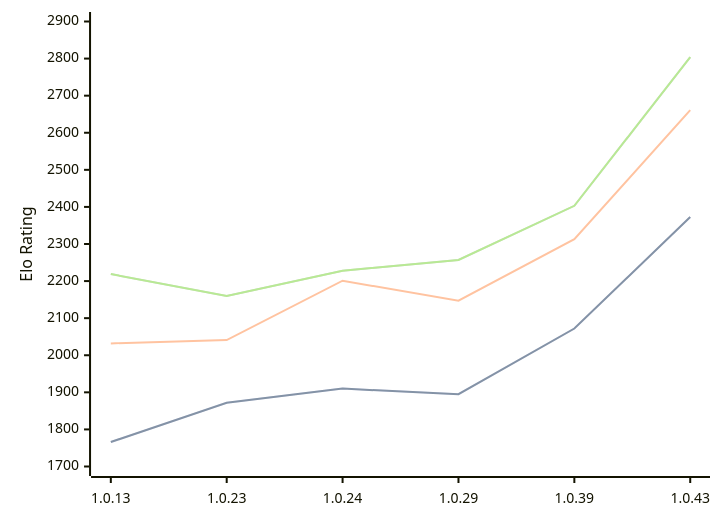
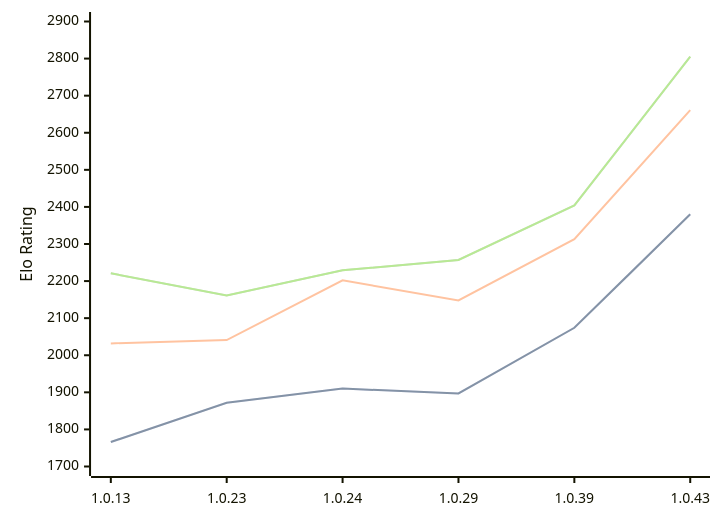
The third of 3 diagrams in engines/RustyRival.md (computer-chess-index/cci), drawn with Mermaid before and after one commit. The commit also changed other lines of this file, not shown here.

Commit message:
Update CCI Ratings (ELO VLTC) - 2026-06-30

````diff
--- a/engines/RustyRival.md
+++ b/engines/RustyRival.md
@@ -101,11 +101,11 @@
 ```mermaid
 %%{init: {"theme":"base","themeVariables":{"seriesColors:['#a3a3a3','#222221','#faa371']}}}%%
 xychart-beta
   x-axis ["1.0.13", "1.0.23", "1.0.24", "1.0.29", "1.0.39", "1.0.43"]
   y-axis "Elo Rating" 1700 --> 2900
-  line "STC (8.0+0.08s)" [1766, 1872, 1910, 1895, 2072, 2373]
-  line "STC (8.0+0.08s)" [1766, 1872, 1910, 1895, 2072, 2373]
-  line "LTC (60.0+0.60s)" [2032, 2041, 2201, 2147, 2313, 2661]
-  line "VLTC (2m24s+1.12s)" [2219, 2160, 2228, 2257, 2403, 2804]
-  line "VLTC (2m24s+1.12s)" [2219, 2160, 2228, 2257, 2403, 2804]
+  line "STC (8.0+0.08s)" [1766, 1872, 1910, 1897, 2074, 2380]
+  line "STC (8.0+0.08s)" [1766, 1872, 1910, 1897, 2074, 2380]
+  line "LTC (60.0+0.60s)" [2032, 2041, 2202, 2148, 2313, 2661]
+  line "VLTC (2m24s+1.12s)" [2221, 2161, 2229, 2257, 2404, 2805]
+  line "VLTC (2m24s+1.12s)" [2221, 2161, 2229, 2257, 2404, 2805]
 ```
````
